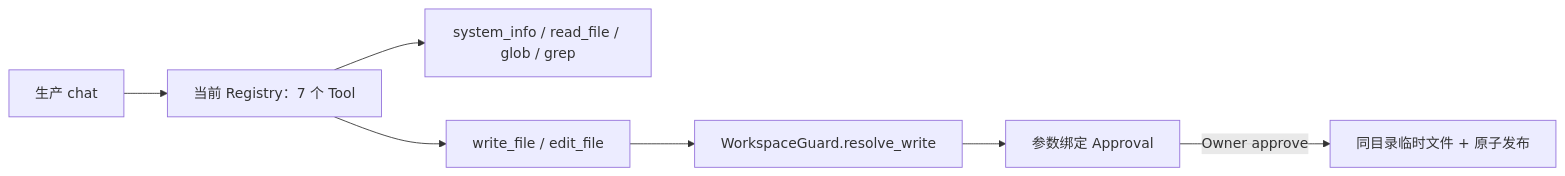
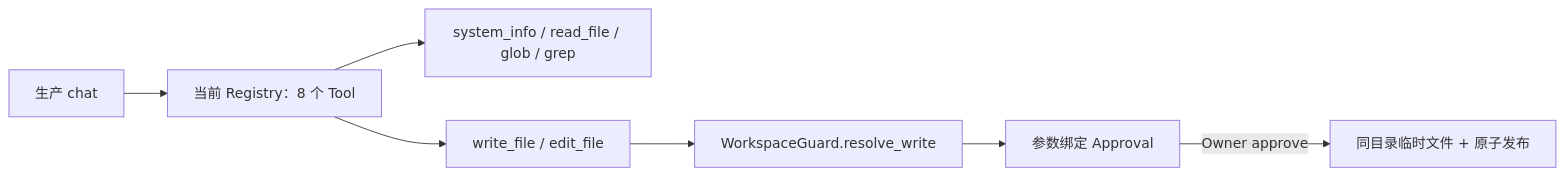
Before and after one commit to NEDONION/lobster0: the first of 3 diagrams in docs/engineering/phase-2/filesystem-tools.md, drawn with Mermaid. The commit also changed other lines of this file and 19 other files, not shown here.

````diff
--- a/docs/engineering/phase-2/filesystem-tools.md
+++ b/docs/engineering/phase-2/filesystem-tools.md
@@ -25,9 +25,9 @@
 ```mermaid
 flowchart LR
-    MODEL["生产 chat"] --> REGISTRY["当前 Registry：7 个 Tool"]
+    MODEL["生产 chat"] --> REGISTRY["当前 Registry：8 个 Tool"]
     REGISTRY --> READ["system_info / read_file / glob / grep"]
     REGISTRY --> WRITE["write_file / edit_file"]
     WRITE --> GUARD["WorkspaceGuard.resolve_write"]
     GUARD --> APPROVAL["参数绑定 Approval"]
     APPROVAL -->|"Owner approve"| ATOMIC["同目录临时文件 + 原子发布"]
 ```
````
